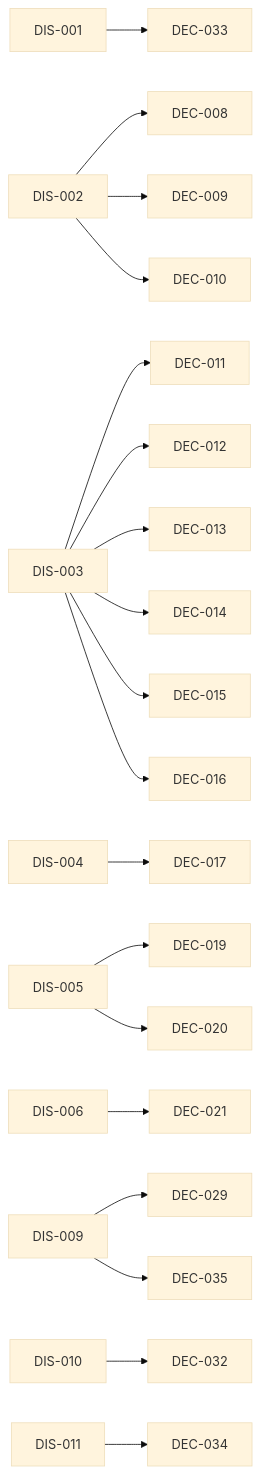
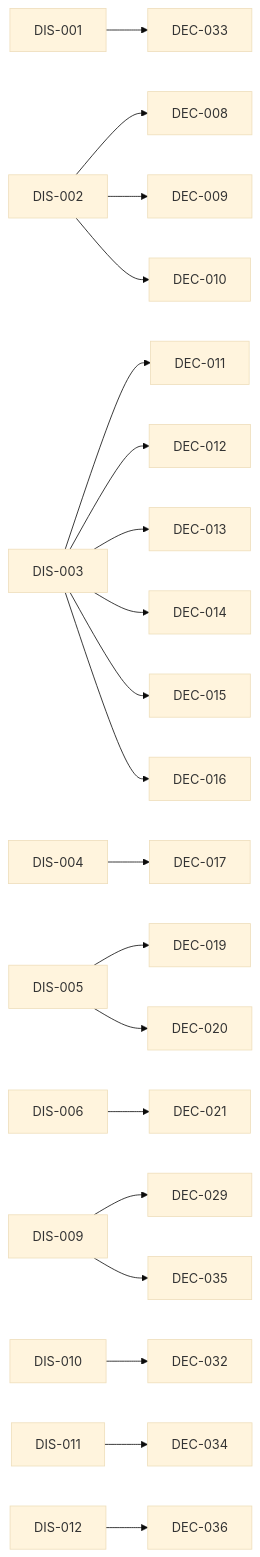
One commit to amartis/sonoai_research_notes changed the diagram in INDEX.md. Above: the diagram before and after it, drawn with Mermaid (base theme). The commit also changed other lines of this file and 2 other files, not shown here.

First line of the commit message:
DIS-012, DEC-036: choice-polygon relation table and image-quality choices

````diff
--- a/INDEX.md
+++ b/INDEX.md
@@ -65,21 +67,22 @@
 ```mermaid
 flowchart LR
   DIS_001[DIS-001] --> DEC_033[DEC-033]
   DIS_002[DIS-002] --> DEC_008[DEC-008]
   DIS_002[DIS-002] --> DEC_009[DEC-009]
   DIS_002[DIS-002] --> DEC_010[DEC-010]
   DIS_003[DIS-003] --> DEC_011[DEC-011]
   DIS_003[DIS-003] --> DEC_012[DEC-012]
   DIS_003[DIS-003] --> DEC_013[DEC-013]
   DIS_003[DIS-003] --> DEC_014[DEC-014]
   DIS_003[DIS-003] --> DEC_015[DEC-015]
   DIS_003[DIS-003] --> DEC_016[DEC-016]
   DIS_004[DIS-004] --> DEC_017[DEC-017]
   DIS_005[DIS-005] --> DEC_019[DEC-019]
   DIS_005[DIS-005] --> DEC_020[DEC-020]
   DIS_006[DIS-006] --> DEC_021[DEC-021]
   DIS_009[DIS-009] --> DEC_029[DEC-029]
   DIS_009[DIS-009] --> DEC_035[DEC-035]
   DIS_010[DIS-010] --> DEC_032[DEC-032]
   DIS_011[DIS-011] --> DEC_034[DEC-034]
+  DIS_012[DIS-012] --> DEC_036[DEC-036]
 ```
````
